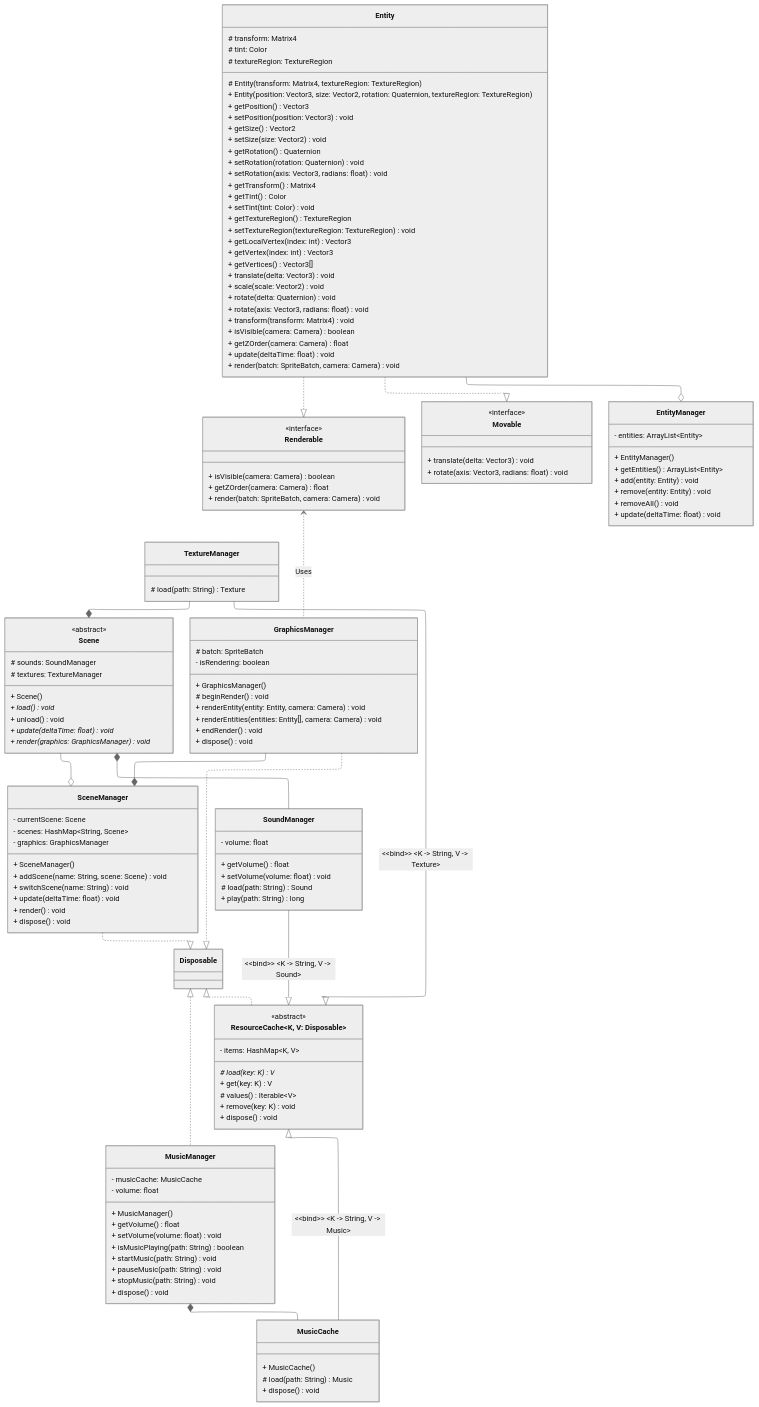
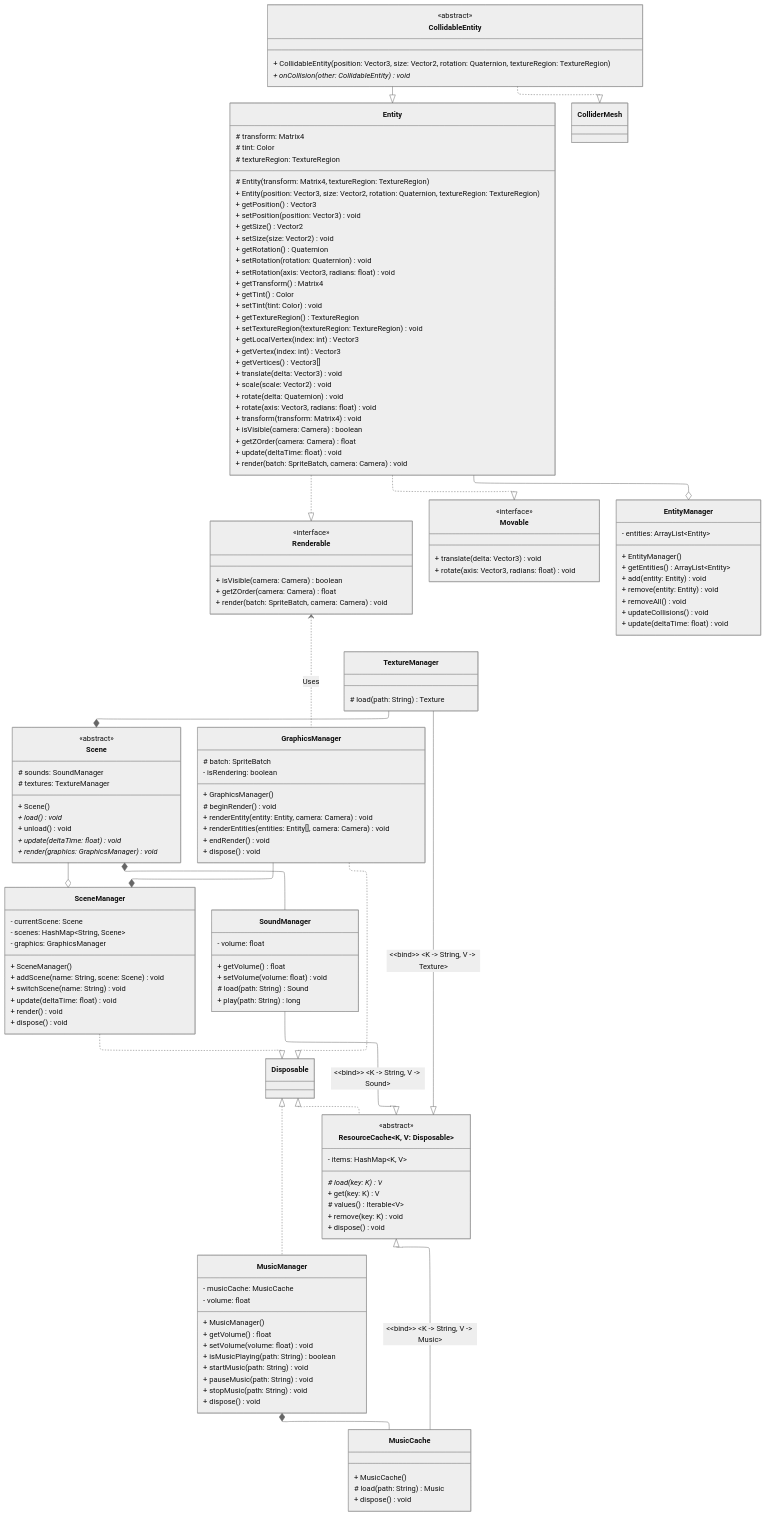
The diagram in class-diagram/entity-graphics-scene.mmd (TemariVirus/harbour-franca), drawn with Mermaid before and after one commit. The commit also changed 7 other files, not shown here.

Commit message:
Handle entity collisions via EntityManager

```diff
--- a/class-diagram/entity-graphics-scene.mmd
+++ b/class-diagram/entity-graphics-scene.mmd
@@ -1,169 +1,179 @@
 ---
 config:
     theme: neutral
     layout: elk
     defaultRenderer: elk
     elk:
         nodePlacementStrategy: NETWORK_SIMPLEX
 ---
 
 classDiagram
     TextureManager --* Scene
     GraphicsManager ..|> Disposable
     Renderable <.. GraphicsManager: Uses
     Disposable <|.. ResourceCache~K&comma; V: Disposable~
     Scene --o SceneManager
     SceneManager ..|> Disposable
     GraphicsManager --* SceneManager
     ResourceCache <|-- MusicCache: #60;#60;bind#62;#62; #60;K -> String, V -> Music#62;
     Entity ..|> Movable
     Entity ..|> Renderable
     Entity --o EntityManager
+    CollidableEntity --|> Entity
+    CollidableEntity ..|> ColliderMesh
     MusicManager *-- MusicCache
     Disposable <|.. MusicManager
     TextureManager --|> ResourceCache: #60;#60;bind#62;#62; #60;K -> String, V -> Texture#62;
     SoundManager --|> ResourceCache: #60;#60;bind#62;#62; #60;K -> String, V -> Sound#62;
     Scene *-- SoundManager
 
 
     class Entity {
         # transform: Matrix4
         # tint: Color
         # textureRegion: TextureRegion
 
         # Entity(transform: Matrix4, textureRegion: TextureRegion)
         + Entity(position: Vector3, size: Vector2, rotation: Quaternion, textureRegion: TextureRegion)
         + getPosition() Vector3
         + setPosition(position: Vector3) void
         + getSize() Vector2
         + setSize(size: Vector2) void
         + getRotation() Quaternion
         + setRotation(rotation: Quaternion) void
         + setRotation(axis: Vector3, radians: float) void
         + getTransform() Matrix4
         + getTint() Color
         + setTint(tint: Color) void
         + getTextureRegion() TextureRegion
         + setTextureRegion(textureRegion: TextureRegion) void
         + getLocalVertex(index: int) Vector3
         + getVertex(index: int) Vector3
         + getVertices() Vector3[]
         + translate(delta: Vector3) void
         + scale(scale: Vector2) void
         + rotate(delta: Quaternion) void
         + rotate(axis: Vector3, radians: float) void
         + transform(transform: Matrix4) void
         + isVisible(camera: Camera) boolean
         + getZOrder(camera: Camera) float
         + update(deltaTime: float) void
         + render(batch: SpriteBatch, camera: Camera) void
     }
 
+    class CollidableEntity {
+        <<abstract>>
+
+        + CollidableEntity(position: Vector3, size: Vector2, rotation: Quaternion, textureRegion: TextureRegion)
+        + onCollision(other: CollidableEntity)* void
+    }
+
     class EntityManager {
         - entities: ArrayList~Entity~
 
         + EntityManager()
         + getEntities() ArrayList~Entity~
         + add(entity: Entity) void
         + remove(entity: Entity) void
         + removeAll() void
+        + updateCollisions() void
         + update(deltaTime: float) void
     }
 
     class GraphicsManager {
         # batch: SpriteBatch
         - isRendering: boolean
 
         + GraphicsManager()
         # beginRender() void
         + renderEntity(entity: Entity, camera: Camera) void
         + renderEntities(entities: Entity[], camera: Camera) void
         + endRender() void
         + dispose() void
     }
 
     class Movable {
         <<interface>>
 
         + translate(delta: Vector3) void
         + rotate(axis: Vector3, radians: float) void
     }
 
     class Renderable {
         <<interface>>
 
         + isVisible(camera: Camera) boolean
         + getZOrder(camera: Camera) float
         + render(batch: SpriteBatch, camera: Camera) void
     }
 
     class ResourceCache~K&comma; V: Disposable~ {
         <<abstract>>
 
         - items: HashMap~K&comma; V~
 
         # load(key: K)* V
         + get(key: K) V
         # values() Iterable~V~
         + remove(key: K) void
         + dispose() void
     }
 
     class Scene {
         <<abstract>>
 
         # sounds: SoundManager
         # textures: TextureManager
 
         + Scene()
         + load()* void
         + unload() void
         + update(deltaTime: float)* void
         + render(graphics: GraphicsManager)* void
     }
 
     class SceneManager {
         - currentScene: Scene
         - scenes: HashMap~String&comma; Scene~
         - graphics: GraphicsManager
 
         + SceneManager()
         + addScene(name: String, scene: Scene) void
         + switchScene(name: String) void
         + update(deltaTime: float) void
         + render() void
         + dispose() void
     }
 
     class MusicCache {
         + MusicCache()
         # load(path: String) Music
         + dispose() void
     }
 
     class MusicManager {
         - musicCache: MusicCache
         - volume: float
 
         + MusicManager()
         + getVolume() float
         + setVolume(volume: float) void
         + isMusicPlaying(path: String) boolean
         + startMusic(path: String) void
         + pauseMusic(path: String) void
         + stopMusic(path: String) void
         + dispose() void
     }
 
     class SoundManager {
         - volume: float
 
         + getVolume() float
         + setVolume(volume: float) void
         # load(path: String) Sound
         + play(path: String) long
     }
 
     class TextureManager {
         # load(path: String) Texture
     }
```
